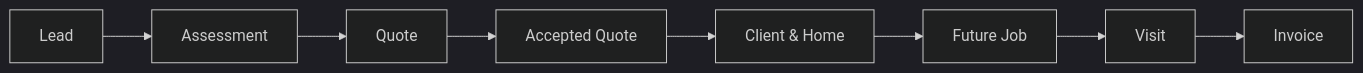
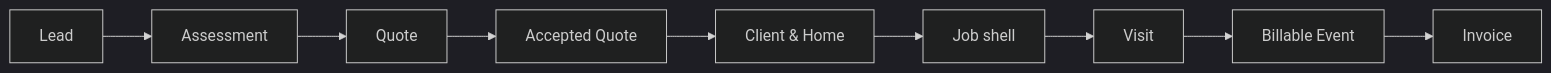
One commit to swpanda88/pandazen-web-gtp changed the second of 5 diagrams in docs/presentations/pandazen-system-architecture-deck.md. Above: the diagram before and after it, drawn with Mermaid (dark theme). The commit also changed other lines of this file and 7 other files, not shown here.

Commit message:
Finalise locked architecture docs after PR 77

````diff
--- a/docs/presentations/pandazen-system-architecture-deck.md
+++ b/docs/presentations/pandazen-system-architecture-deck.md
@@ -59,13 +61,14 @@
 ```mermaid
 flowchart LR
     L["Lead"]
     A["Assessment"]
     Q["Quote"]
     AQ["Accepted Quote"]
     CH["Client & Home"]
-    J["Future Job"]
+    J["Job shell"]
     V["Visit"]
+    BE["Billable Event"]
     I["Invoice"]
 
-    L --> A --> Q --> AQ --> CH --> J --> V --> I
+    L --> A --> Q --> AQ --> CH --> J --> V --> BE --> I
 ```
````
